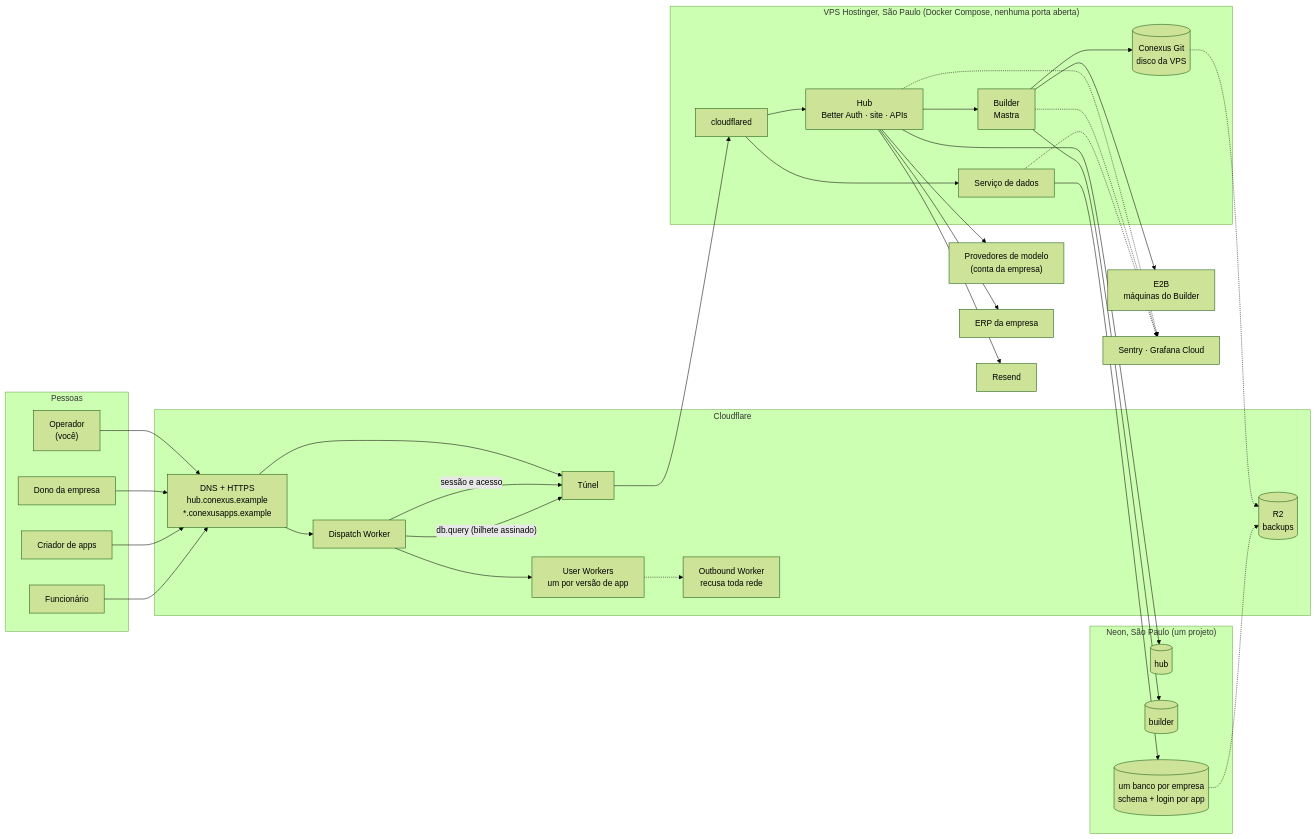
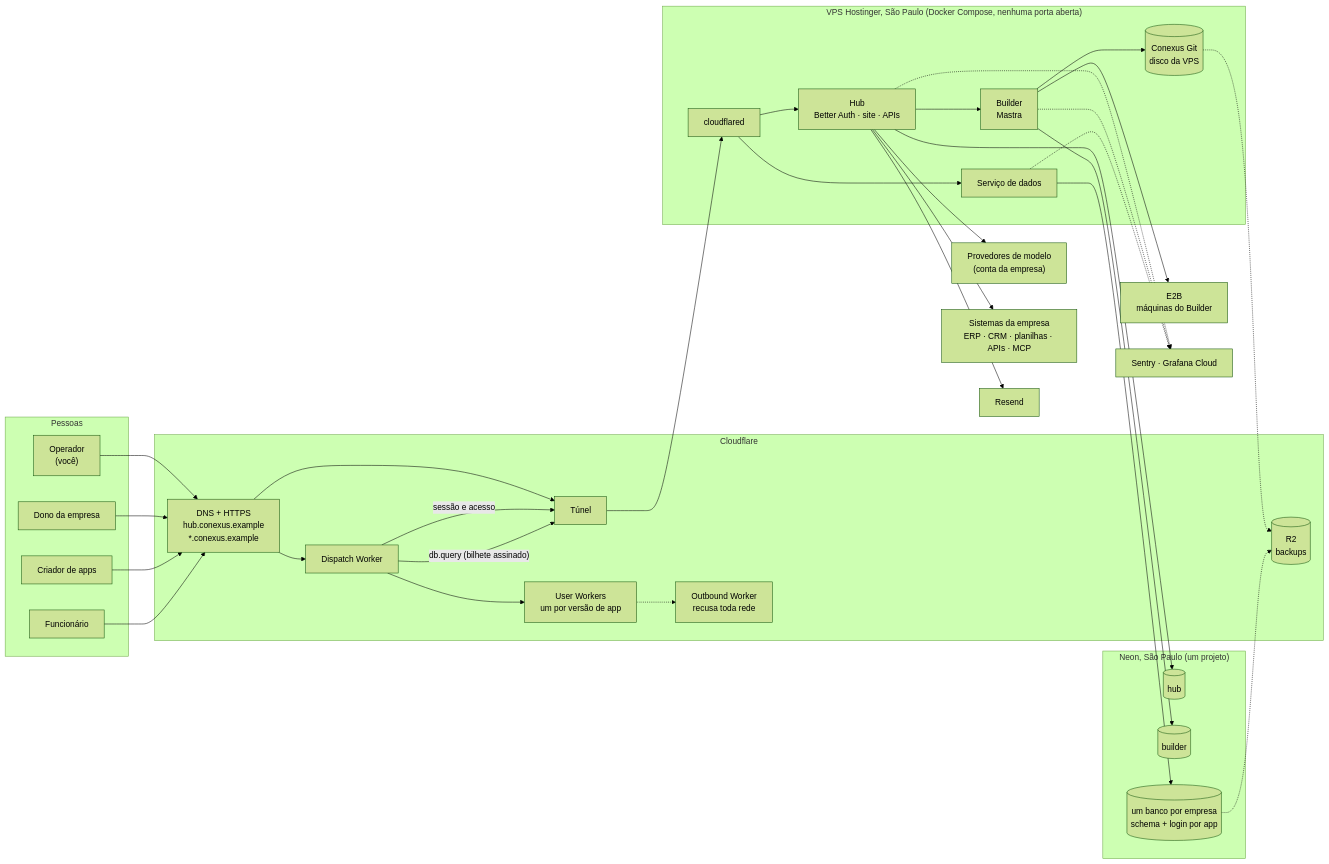
The first of 8 diagrams in docs/research/architecture/target-design.md (developmentconexus-ops/conexus-os), drawn with Mermaid (forest theme) before and after one commit. The commit also changed other lines of this file and 1 other file, not shown here.

First line of the commit message:
docs(research): record the operator's batch answers; integrations beyond ERP; one domain

````diff
--- a/docs/research/architecture/target-design.md
+++ b/docs/research/architecture/target-design.md
@@ -92,55 +92,55 @@
 ```mermaid
 flowchart LR
   subgraph people["Pessoas"]
     op["Operador<br/>(você)"]
     owner["Dono da empresa"]
     creator["Criador de apps"]
     emp["Funcionário"]
   end
   subgraph cf["Cloudflare"]
-    dns["DNS + HTTPS<br/>hub.conexus.example<br/>*.conexusapps.example"]
+    dns["DNS + HTTPS<br/>hub.conexus.example<br/>*.conexus.example"]
     dispatch["Dispatch Worker"]
     userw["User Workers<br/>um por versão de app"]
     outbound["Outbound Worker<br/>recusa toda rede"]
     tunnel["Túnel"]
     r2[("R2<br/>backups")]
   end
   subgraph vps["VPS Hostinger, São Paulo (Docker Compose, nenhuma porta aberta)"]
     cfd["cloudflared"]
     hub["Hub<br/>Better Auth · site · APIs"]
     builder["Builder<br/>Mastra"]
     data["Serviço de dados"]
     git[("Conexus Git<br/>disco da VPS")]
   end
   subgraph neon["Neon, São Paulo (um projeto)"]
     hubdb[("hub")]
     builderdb[("builder")]
     codb[("um banco por empresa<br/>schema + login por app")]
   end
   e2b["E2B<br/>máquinas do Builder"]
   models["Provedores de modelo<br/>(conta da empresa)"]
-  erp["ERP da empresa"]
+  erp["Sistemas da empresa<br/>ERP · CRM · planilhas · APIs · MCP"]
   mail["Resend"]
   obs["Sentry · Grafana Cloud"]
   op & owner & creator --> dns
   emp --> dns
   dns --> tunnel --> cfd
   dns --> dispatch --> userw
   userw -.-> outbound
   cfd --> hub
   cfd --> data
   dispatch -- "sessão e acesso" --> tunnel
   dispatch -- "db.query (bilhete assinado)" --> tunnel
   hub --> builder
   hub --> hubdb
   builder --> builderdb
   builder --> git
   builder --> e2b
   hub --> models
   hub --> erp
   hub --> mail
   data --> codb
   hub & builder & data -.-> obs
   git -.-> r2
   codb -.-> r2
 ```
````
